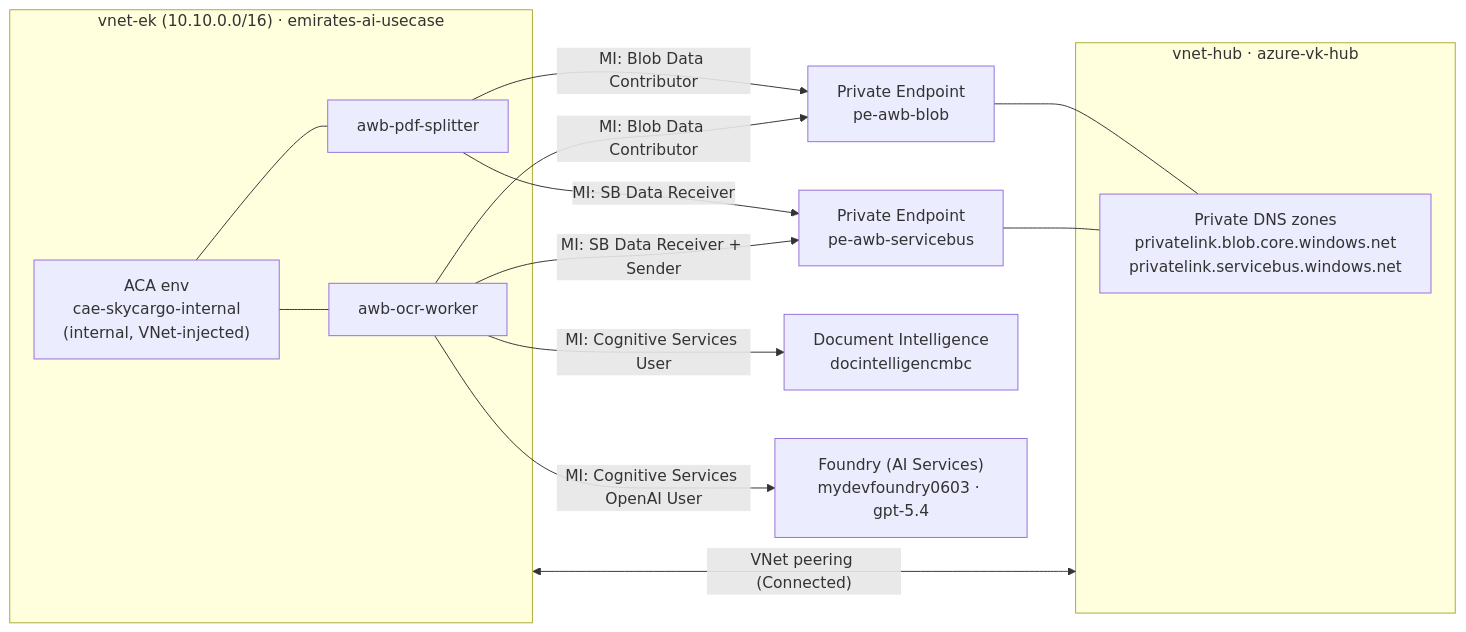
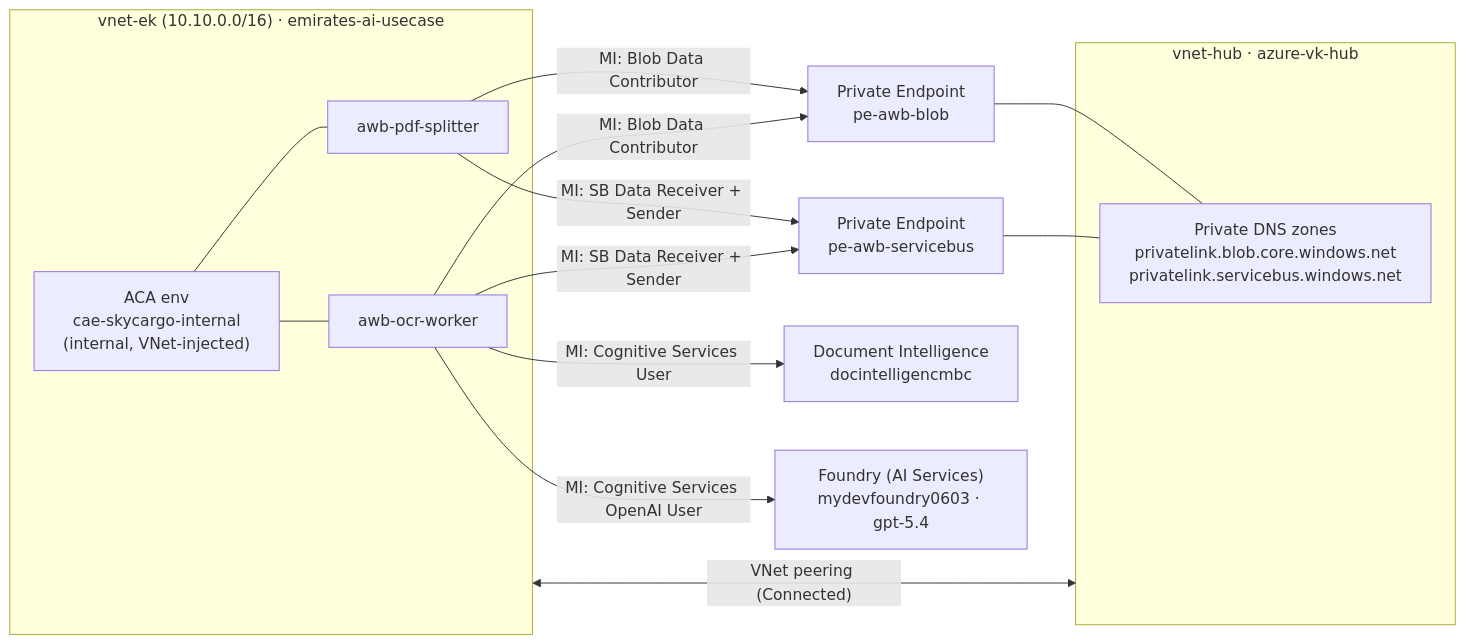
One commit to vinaykumar-git6/awb-agents-workflows changed the fifth of 5 diagrams in WORKFLOW.md. Above: the diagram before and after it, drawn with Mermaid. The commit also changed other lines of this file and 57 other files, not shown here.

````diff
--- a/WORKFLOW.md
+++ b/WORKFLOW.md
@@ -101,29 +137,29 @@
 ```mermaid
 flowchart LR
     subgraph VNetEK["vnet-ek (10.10.0.0/16) · emirates-ai-usecase"]
         ACAENV["ACA env<br/>cae-skycargo-internal<br/>(internal, VNet-injected)"]
         SPL2["awb-pdf-splitter"]
         OCR2["awb-ocr-worker"]
         ACAENV --- SPL2
         ACAENV --- OCR2
     end
 
     subgraph VNetHub["vnet-hub · azure-vk-hub"]
         DNS["Private DNS zones<br/>privatelink.blob.core.windows.net<br/>privatelink.servicebus.windows.net"]
     end
 
     VNetEK <-- "VNet peering (Connected)" --> VNetHub
 
     PE1["Private Endpoint<br/>pe-awb-blob"]
     PE2["Private Endpoint<br/>pe-awb-servicebus"]
 
     SPL2 -- "MI: Blob Data Contributor" --> PE1
     OCR2 -- "MI: Blob Data Contributor" --> PE1
-    SPL2 -- "MI: SB Data Receiver" --> PE2
+    SPL2 -- "MI: SB Data Receiver + Sender" --> PE2
     OCR2 -- "MI: SB Data Receiver + Sender" --> PE2
     OCR2 -- "MI: Cognitive Services User" --> DIPE["Document Intelligence<br/>docintelligencmbc"]
     OCR2 -- "MI: Cognitive Services OpenAI User" --> FNDRY["Foundry (AI Services)<br/>mydevfoundry0603 · gpt-5.4"]
 
     PE1 --- DNS
     PE2 --- DNS
 ```
````
